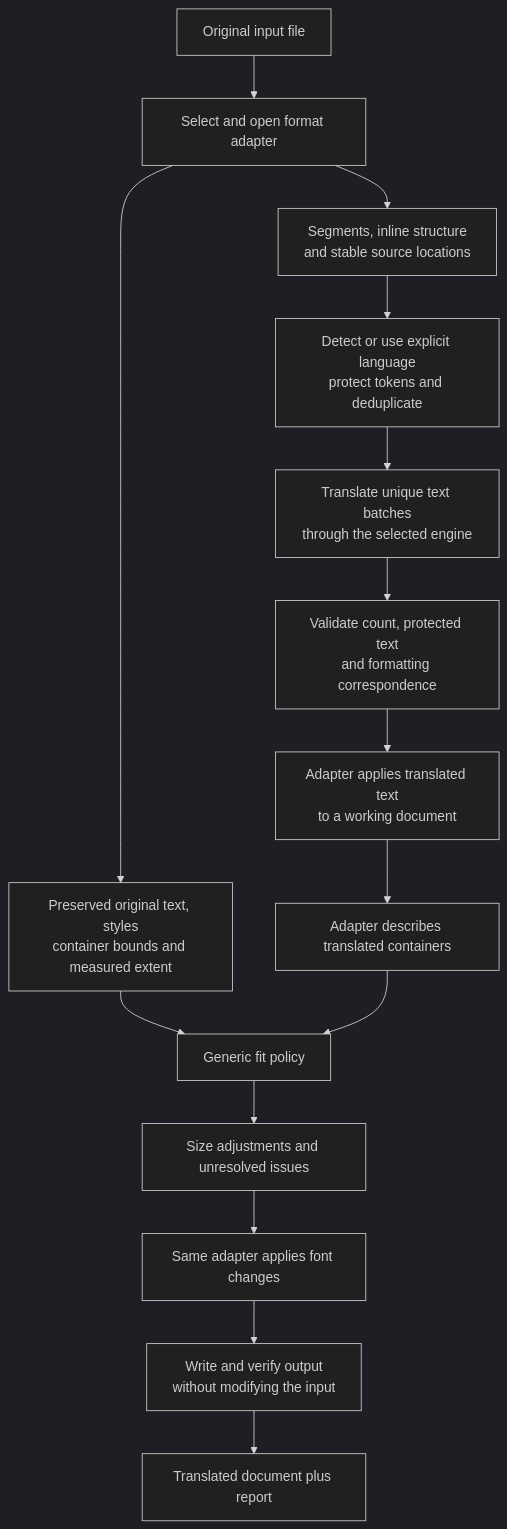
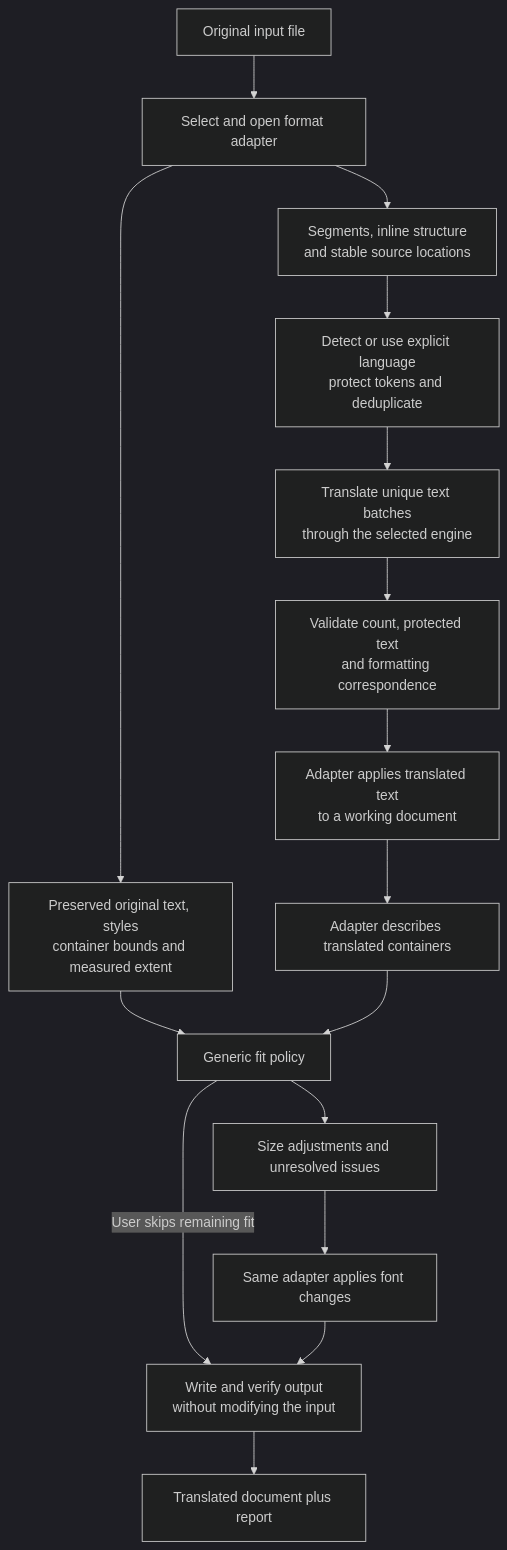
Diagram 11 of 18 in docs/Architecture.md (mlei06/document-translator), drawn with Mermaid (dark theme) before and after one commit. The commit also changed other lines of this file and 9 other files, not shown here.

````diff
--- a/docs/Architecture.md
+++ b/docs/Architecture.md
@@ -399,17 +401,18 @@
 ```mermaid
 flowchart TD
     SOURCE["Original input file"] --> ADAPTER["Select and open format adapter"]
     ADAPTER --> SEGMENTS["Segments, inline structure<br/>and stable source locations"]
     ADAPTER --> ORIGINAL["Preserved original text, styles<br/>container bounds and measured extent"]
     SEGMENTS --> PREP["Detect or use explicit language<br/>protect tokens and deduplicate"]
     PREP --> TRANSLATE["Translate unique text batches<br/>through the selected engine"]
     TRANSLATE --> VALIDATE["Validate count, protected text<br/>and formatting correspondence"]
     VALIDATE --> RESTORE["Adapter applies translated text<br/>to a working document"]
     RESTORE --> LAYOUT["Adapter describes translated containers"]
     ORIGINAL --> FIT["Generic fit policy"]
     LAYOUT --> FIT
+    FIT -->|User skips remaining fit| WRITE
     FIT --> CHANGES["Size adjustments and unresolved issues"]
     CHANGES --> APPLY["Same adapter applies font changes"]
     APPLY --> WRITE["Write and verify output<br/>without modifying the input"]
     WRITE --> RESULT["Translated document plus report"]
 ```
````
